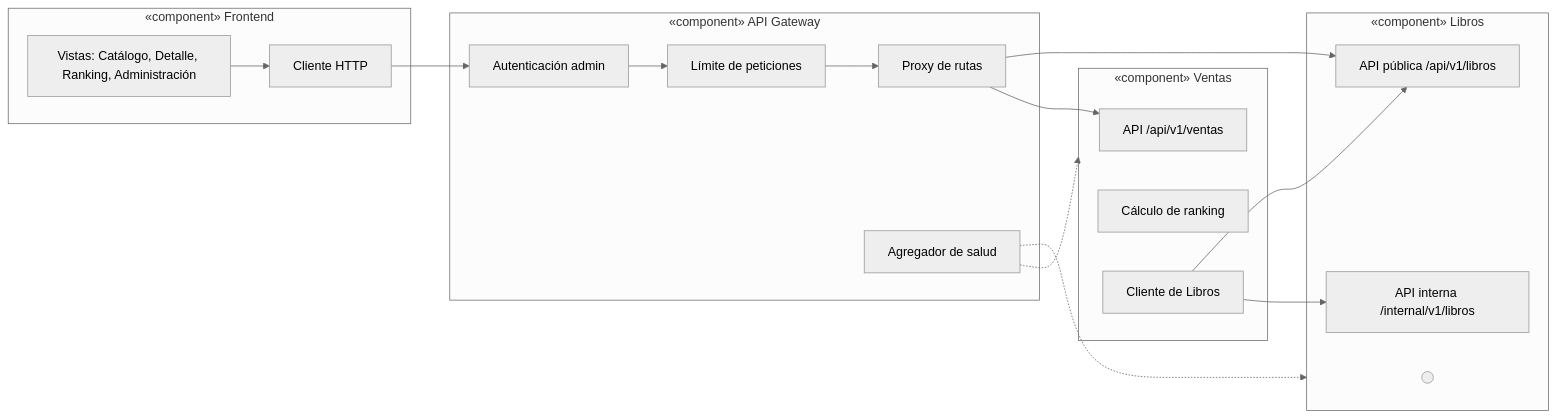
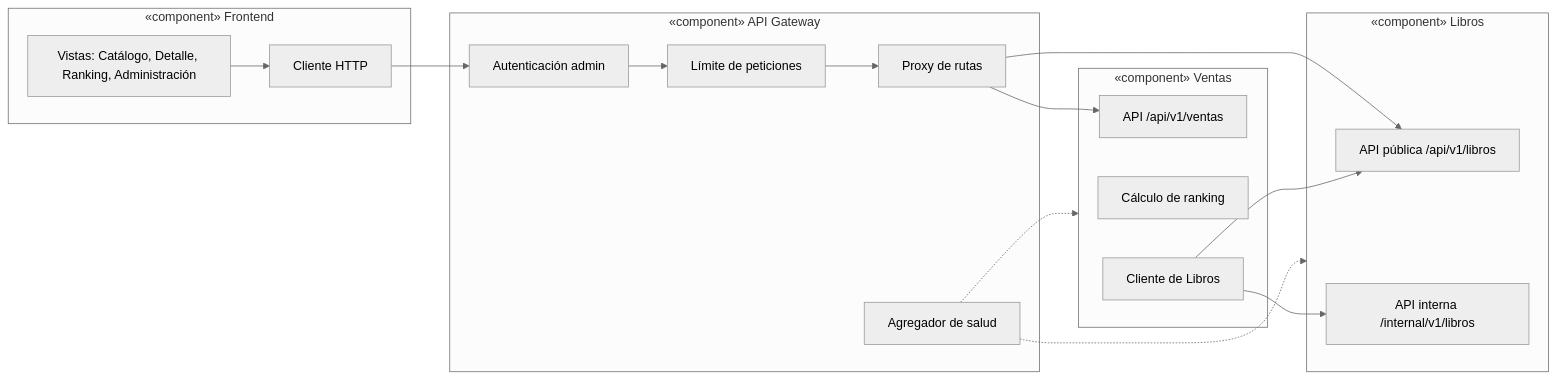
Before and after one commit to CarlosPerez10/AYD2_B_2S2026_P2_G4: the third of 6 diagrams in docs/arquitectura/02-arquitectura.md, drawn with Mermaid (neutral theme). The commit also changed other lines of this file, not shown here.

````diff
--- a/docs/arquitectura/02-arquitectura.md
+++ b/docs/arquitectura/02-arquitectura.md
@@ -97,30 +97,29 @@
 ```mermaid
 flowchart LR
     subgraph FE[«component» Frontend]
         UI[Vistas: Catálogo, Detalle, Ranking, Administración]
         APIC[Cliente HTTP]
     end
     subgraph GW[«component» API Gateway]
         AUTH[Autenticación admin]
         RL[Límite de peticiones]
         PX[Proxy de rutas]
         HA[Agregador de salud]
     end
     subgraph LIB[«component» Libros]
-        ILIB(( ))
         LAPI[API pública /api/v1/libros]
         LINT[API interna /internal/v1/libros]
     end
     subgraph VEN[«component» Ventas]
         VAPI[API /api/v1/ventas]
         RK[Cálculo de ranking]
         LCLI[Cliente de Libros]
     end
     UI --> APIC --> AUTH --> RL --> PX
     PX --> LAPI
     PX --> VAPI
     HA -.-> LIB
     HA -.-> VEN
     LCLI --> LAPI
     LCLI --> LINT
 ```
````
